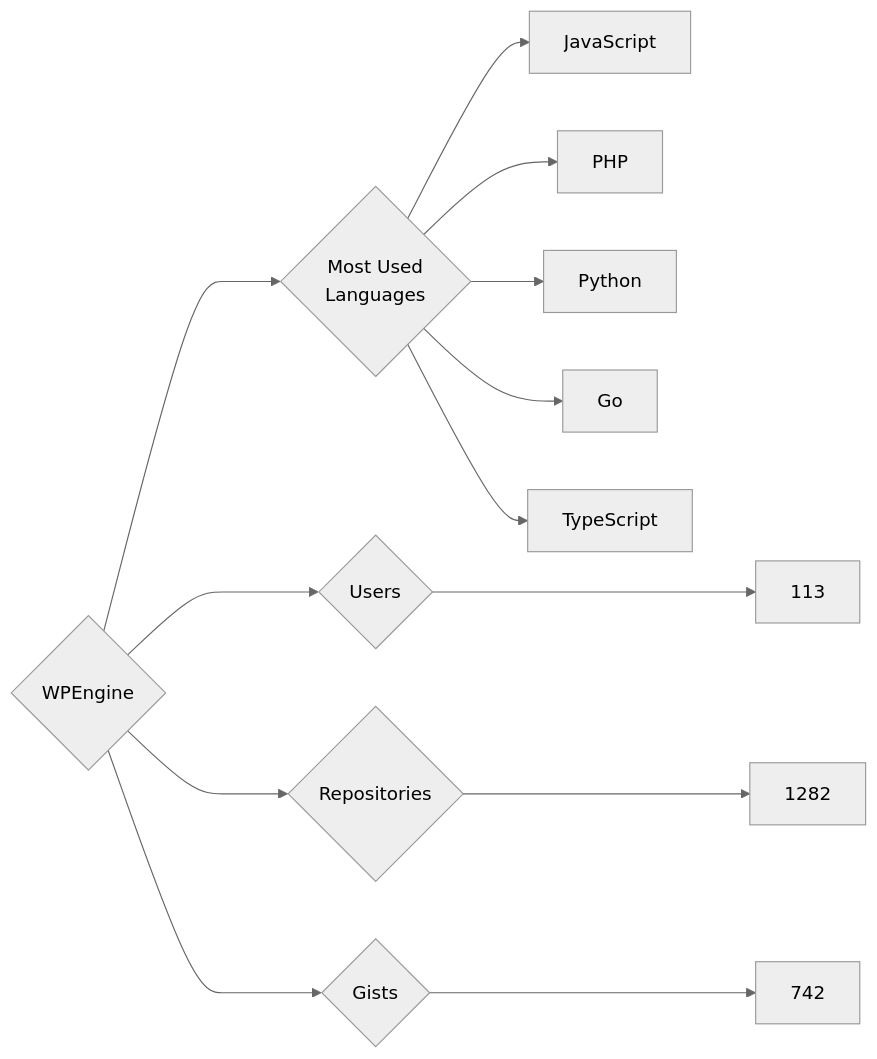
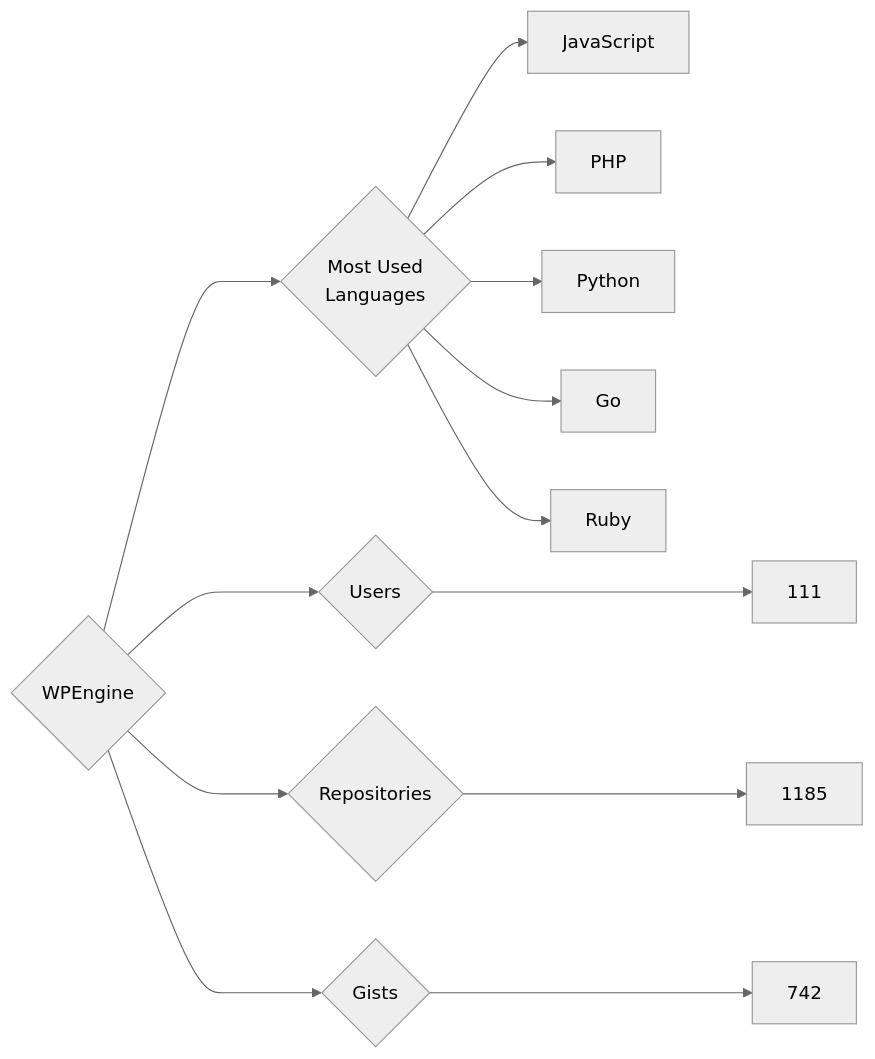
The diagram in targets/WPEngine/README.md (trickest/insiders), drawn with Mermaid (neutral theme) before and after one commit. The commit also changed 877 other files, not shown here.

````diff
--- a/targets/WPEngine/README.md
+++ b/targets/WPEngine/README.md
@@ -3,13 +3,13 @@
 ```mermaid
 graph LR
 COMPANY_NAME{WPEngine}
-COMPANY_NAME ---> U{Users} ---> UN[113]
-COMPANY_NAME ---> R{Repositories} ---> RN[1282]
+COMPANY_NAME ---> U{Users} ---> UN[111]
+COMPANY_NAME ---> R{Repositories} ---> RN[1185]
 COMPANY_NAME ---> G{Gists} ---> GN[742]
 COMPANY_NAME ---> ML{Most Used<br>Languages}
 ML --> JavaScript[JavaScript]
 ML --> PHP[PHP]
 ML --> Python[Python]
 ML --> Go[Go]
-ML --> TypeScript[TypeScript]
+ML --> Ruby[Ruby]
 ```
````
